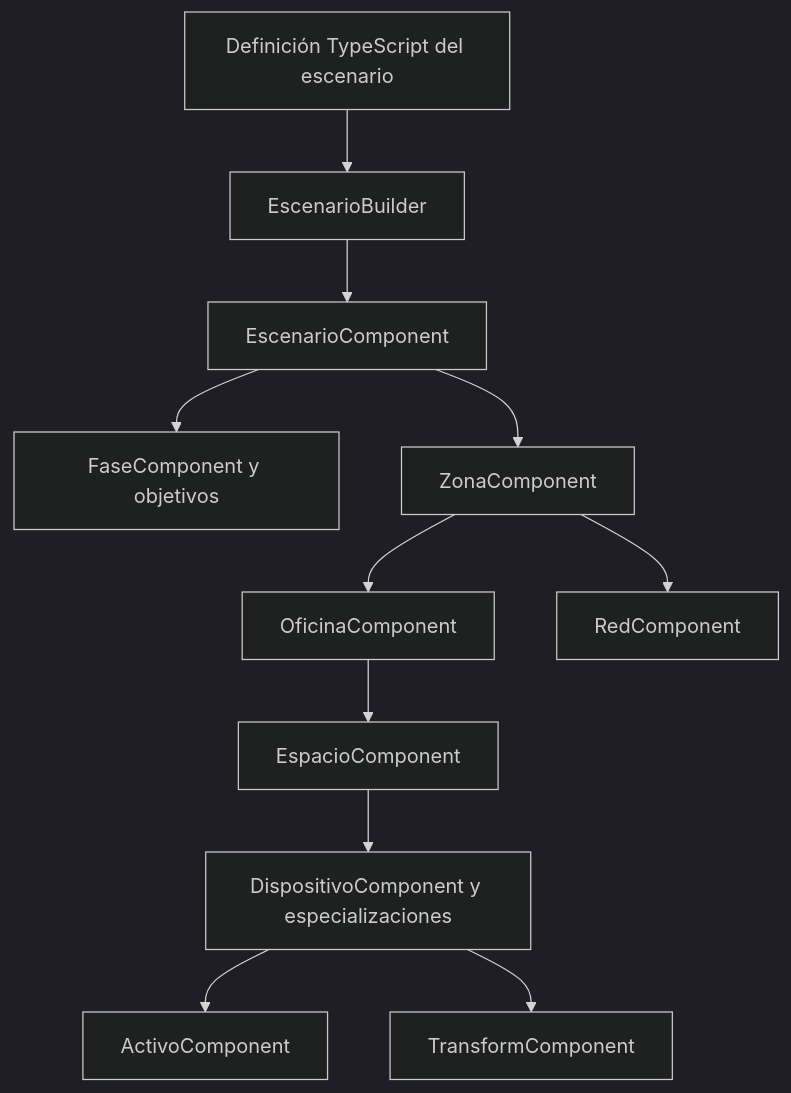
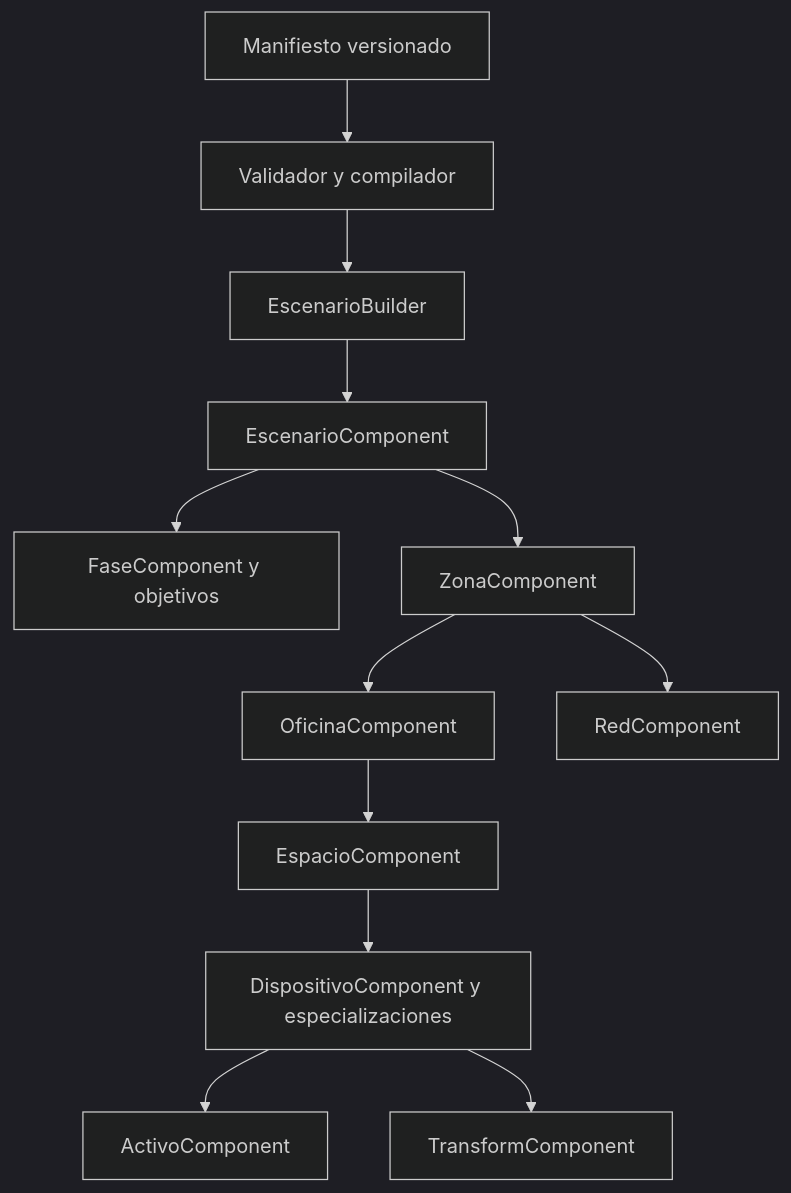
The diagram in docs/architecture/simulacion-ecs.md (StivenJM/CyberSim), drawn with Mermaid (dark theme) before and after one commit. The commit also changed other lines of this file and 15 other files, not shown here.

````diff
--- a/docs/architecture/simulacion-ecs.md
+++ b/docs/architecture/simulacion-ecs.md
@@ -20,13 +20,14 @@
 ```mermaid
 flowchart TD
-    definicion[Definición TypeScript del escenario] --> builder[EscenarioBuilder]
+    definicion[Manifiesto versionado] --> validator[Validador y compilador]
+    validator --> builder[EscenarioBuilder]
     builder --> escenario[EscenarioComponent]
     escenario --> fases[FaseComponent y objetivos]
     escenario --> zonas[ZonaComponent]
     zonas --> oficinas[OficinaComponent]
     oficinas --> espacios[EspacioComponent]
     espacios --> dispositivos[DispositivoComponent y especializaciones]
     zonas --> redes[RedComponent]
     dispositivos --> activos[ActivoComponent]
     dispositivos --> transform[TransformComponent]
 ```
````
